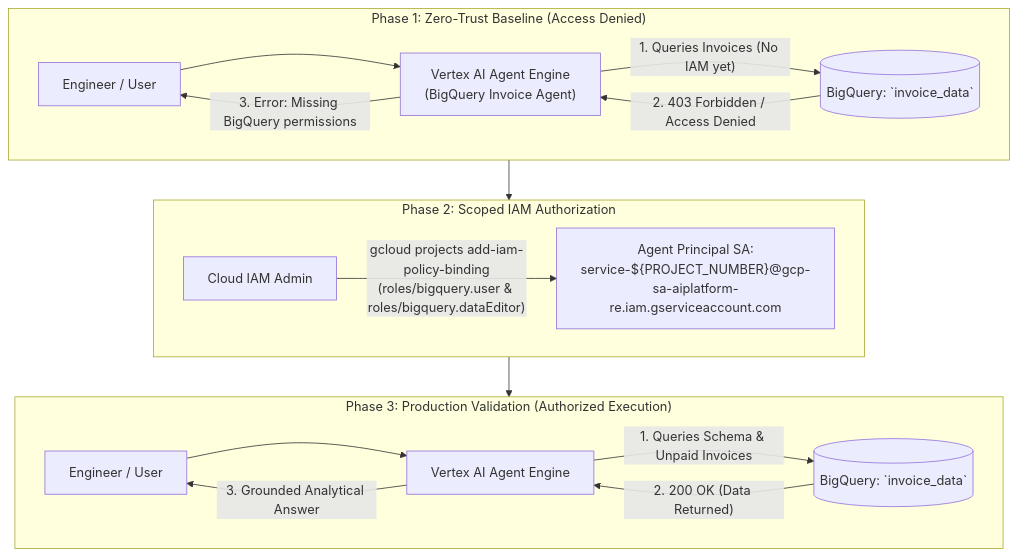
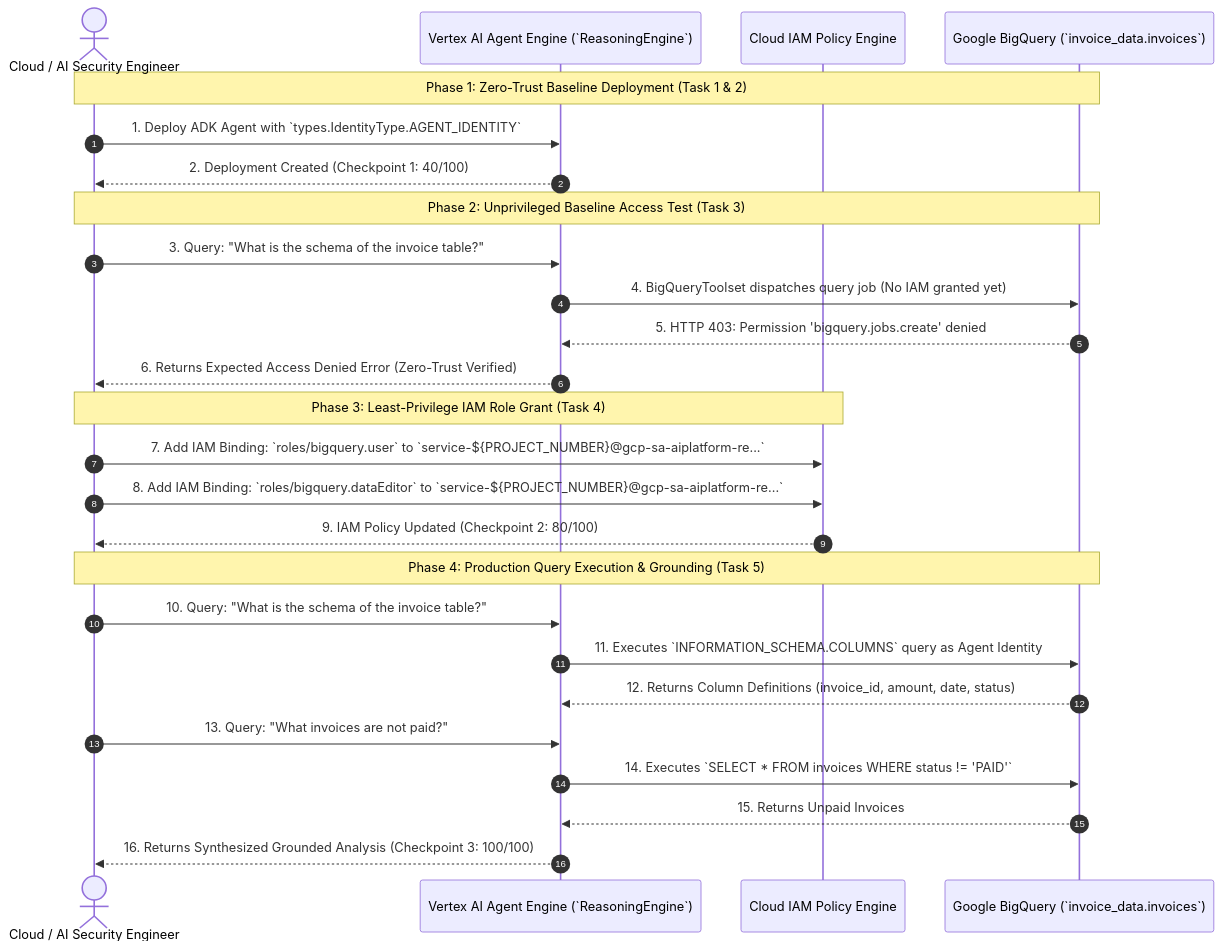
Before and after one commit to junyish/genai160-Govern-Agent-Access-with-Gemini-Enterprise-Agent-Platform-Challenge-Lab: the diagram in takeaway-genai160-govern-agent-access-challenge-lab.md, drawn with Mermaid. The commit also changed other lines of this file, not shown here.

````diff
--- a/takeaway-genai160-govern-agent-access-challenge-lab.md
+++ b/takeaway-genai160-govern-agent-access-challenge-lab.md
@@ -21,22 +24,32 @@
 ```mermaid
-flowchart TD
-    subgraph Phase1 ["Phase 1: Zero-Trust Baseline (Access Denied)"]
-        User1["Engineer / User"] --> RE1["Vertex AI Agent Engine<br/>(BigQuery Invoice Agent)"]
-        RE1 -- "1. Queries Invoices (No IAM yet)" --> BQ1[("BigQuery: `invoice_data`")]
-        BQ1 -- "2. 403 Forbidden / Access Denied" --> RE1
-        RE1 -- "3. Error: Missing BigQuery permissions" --> User1
-    end
+sequenceDiagram
+    autonumber
+    actor Engineer as Cloud / AI Security Engineer
+    participant Engine as Vertex AI Agent Engine (`ReasoningEngine`)
+    participant IAM as Cloud IAM Policy Engine
+    participant BigQuery as Google BigQuery (`invoice_data.invoices`)
 
-    subgraph Phase2 ["Phase 2: Scoped IAM Authorization"]
-        Admin["Cloud IAM Admin"] -- "gcloud projects add-iam-policy-binding<br/>(roles/bigquery.user & roles/bigquery.dataEditor)" --> SA["Agent Principal SA:<br/>service-${PROJECT_NUMBER}@gcp-sa-aiplatform-re.iam.gserviceaccount.com"]
-    end
+    Note over Engineer,BigQuery: Phase 1: Zero-Trust Baseline Deployment (Task 1 & 2)
+    Engineer->>Engine: 1. Deploy ADK Agent with `types.IdentityType.AGENT_IDENTITY`
+    Engine-->>Engineer: 2. Deployment Created (Checkpoint 1: 40/100)
 
-    subgraph Phase3 ["Phase 3: Production Validation (Authorized Execution)"]
-        User2["Engineer / User"] --> RE2["Vertex AI Agent Engine"]
-        RE2 -- "1. Queries Schema & Unpaid Invoices" --> BQ2[("BigQuery: `invoice_data`")]
-        BQ2 -- "2. 200 OK (Data Returned)" --> RE2
-        RE2 -- "3. Grounded Analytical Answer" --> User2
-    end
+    Note over Engineer,BigQuery: Phase 2: Unprivileged Baseline Access Test (Task 3)
+    Engineer->>Engine: 3. Query: "What is the schema of the invoice table?"
+    Engine->>BigQuery: 4. BigQueryToolset dispatches query job (No IAM granted yet)
+    BigQuery-->>Engine: 5. HTTP 403: Permission 'bigquery.jobs.create' denied
+    Engine-->>Engineer: 6. Returns Expected Access Denied Error (Zero-Trust Verified)
 
-    Phase1 --> Phase2 --> Phase3
+    Note over Engineer,IAM: Phase 3: Least-Privilege IAM Role Grant (Task 4)
+    Engineer->>IAM: 7. Add IAM Binding: `roles/bigquery.user` to `service-${PROJECT_NUMBER}@gcp-sa-aiplatform-re...`
+    Engineer->>IAM: 8. Add IAM Binding: `roles/bigquery.dataEditor` to `service-${PROJECT_NUMBER}@gcp-sa-aiplatform-re...`
+    IAM-->>Engineer: 9. IAM Policy Updated (Checkpoint 2: 80/100)
+
+    Note over Engineer,BigQuery: Phase 4: Production Query Execution & Grounding (Task 5)
+    Engineer->>Engine: 10. Query: "What is the schema of the invoice table?"
+    Engine->>BigQuery: 11. Executes `INFORMATION_SCHEMA.COLUMNS` query as Agent Identity
+    BigQuery-->>Engine: 12. Returns Column Definitions (invoice_id, amount, date, status)
+    Engineer->>Engine: 13. Query: "What invoices are not paid?"
+    Engine->>BigQuery: 14. Executes `SELECT * FROM invoices WHERE status != 'PAID'`
+    BigQuery-->>Engine: 15. Returns Unpaid Invoices
+    Engine-->>Engineer: 16. Returns Synthesized Grounded Analysis (Checkpoint 3: 100/100)
 ```
````
